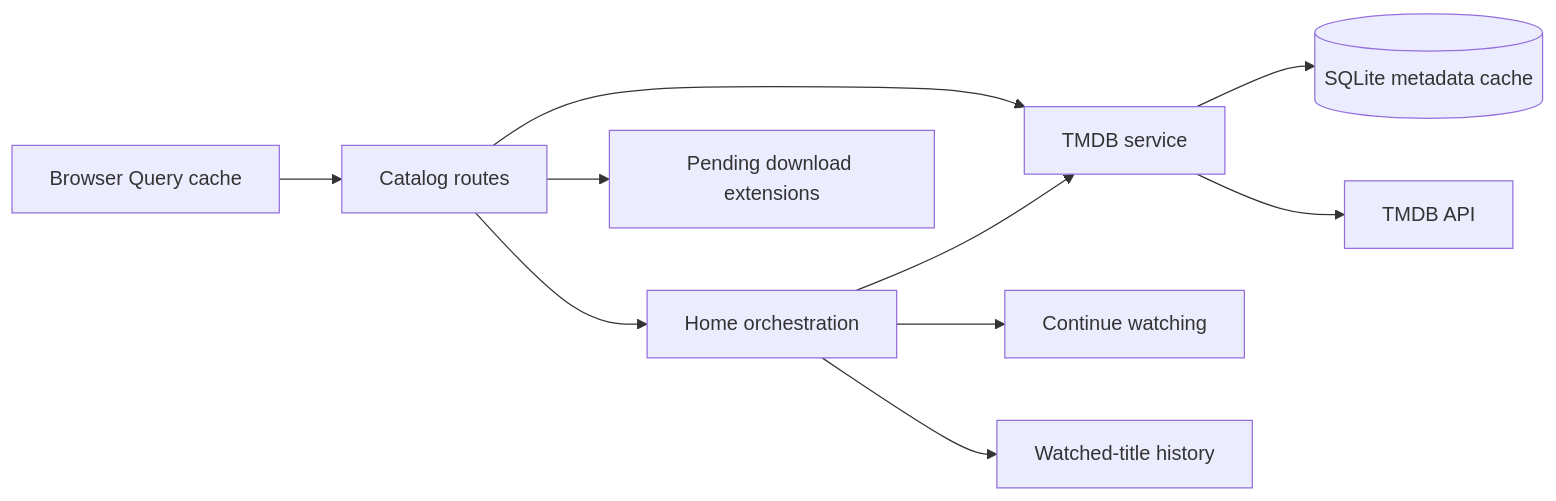
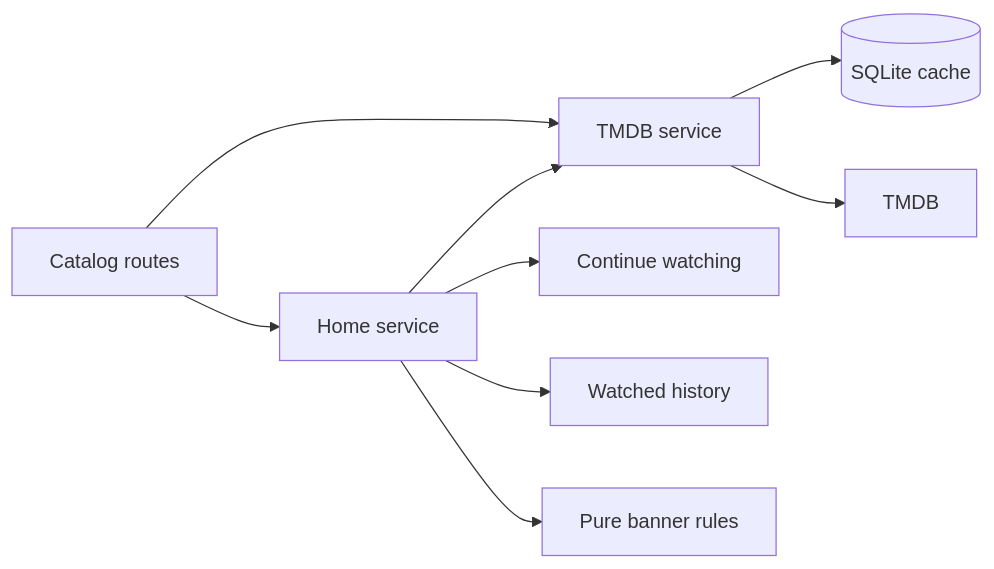
One commit to VeroxAUS/homestream changed the diagram in droid-wiki/features/catalog.md. Above: the diagram before and after it, drawn with Mermaid. The commit also changed other lines of this file and 57 other files, not shown here.

````diff
--- a/droid-wiki/features/catalog.md
+++ b/droid-wiki/features/catalog.md
@@ -43,12 +25,11 @@
 ```mermaid
 graph LR
-    Web[Browser Query cache] --> Routes[Catalog routes]
-    Routes --> Home[Home orchestration]
+    Routes[Catalog routes] --> Home[Home service]
     Routes --> TMDB[TMDB service]
     Home --> TMDB
-    Home --> Progress[Continue watching]
-    Home --> History[Watched-title history]
-    TMDB --> Cache[(SQLite metadata cache)]
-    TMDB --> Upstream[TMDB API]
-    Routes --> Downloads[Pending download extensions]
+    Home --> Continue[Continue watching]
+    Home --> History[Watched history]
+    TMDB --> Cache[(SQLite cache)]
+    TMDB --> Upstream[TMDB]
+    Home --> Featured[Pure banner rules]
 ```
````
